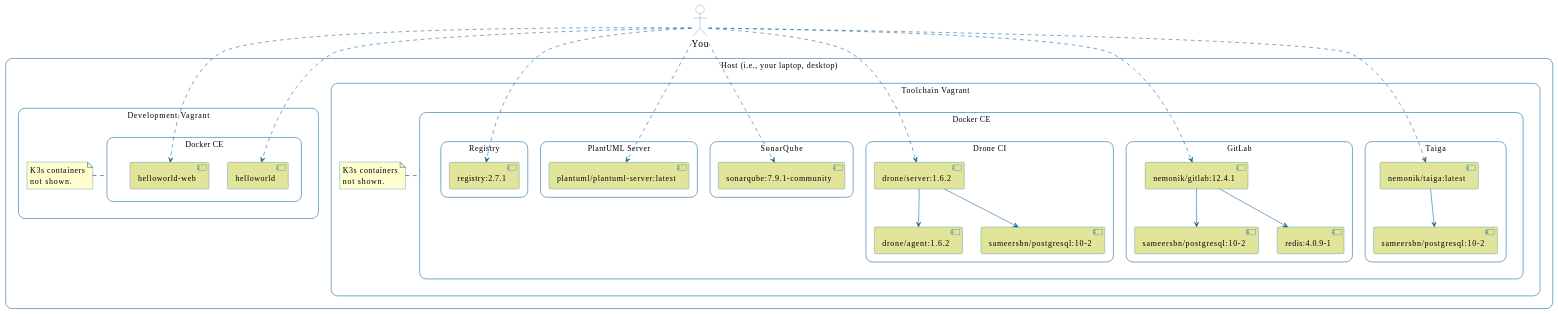
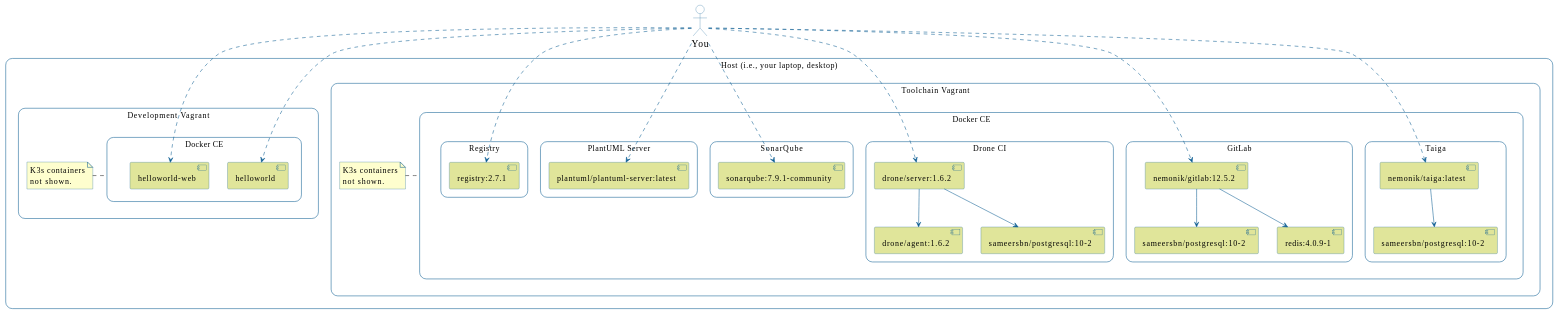
The first of 32 diagrams in readme.md (nemonik/hands-on-DevOps), drawn with PlantUML before and after one commit. The commit also changed other lines of this file and 20 other files, not shown here.

```diff
--- a/readme.md
+++ b/readme.md
@@ -632,7 +632,7 @@
 			}
 
 			rectangle "GitLab" {
-				component "nemonik/gitlab:12.4.1" as gitlab
+				component "nemonik/gitlab:12.5.2" as gitlab
 			        component "sameersbn/postgresql:10-2" as gitlab_postgresql
         			component "redis:4.0.9-1" as gitlab_redis
 			}
```
